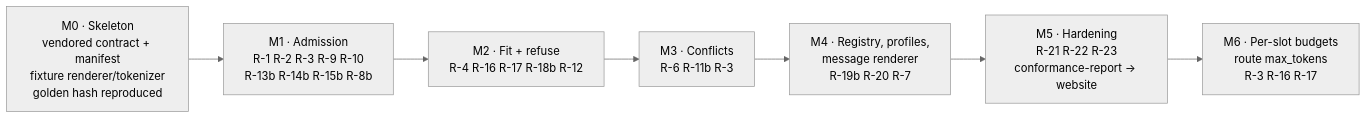
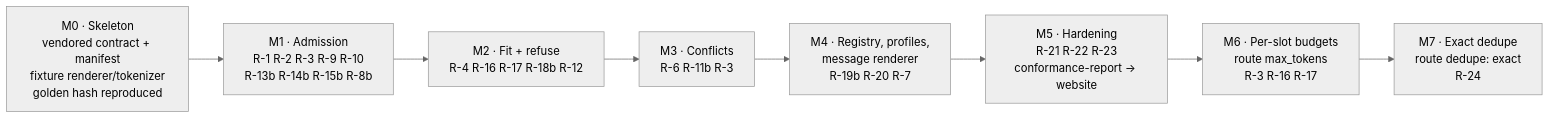
Diagram 11 of 17 in docs/DESIGN.md (contextwindowarchitecture/assembler-python), drawn with Mermaid (neutral theme) before and after one commit. The commit also changed other lines of this file and 26 other files, not shown here.

````diff
--- a/docs/DESIGN.md
+++ b/docs/DESIGN.md
@@ -564,9 +564,10 @@
 ```mermaid
 flowchart LR
   M0["M0 · Skeleton<br/>vendored contract + manifest<br/>fixture renderer/tokenizer<br/>golden hash reproduced"] --> M1["M1 · Admission<br/>R-1 R-2 R-3 R-9 R-10<br/>R-13b R-14b R-15b R-8b"]
   M1 --> M2["M2 · Fit + refuse<br/>R-4 R-16 R-17 R-18b R-12"]
   M2 --> M3["M3 · Conflicts<br/>R-6 R-11b R-3"]
   M3 --> M4["M4 · Registry, profiles,<br/>message renderer<br/>R-19b R-20 R-7"]
   M4 --> M5["M5 · Hardening<br/>R-21 R-22 R-23<br/>conformance-report → website"]
   M5 --> M6["M6 · Per-slot budgets<br/>route max_tokens<br/>R-3 R-16 R-17"]
+  M6 --> M7["M7 · Exact dedupe<br/>route dedupe: exact<br/>R-24"]
 ```
````
